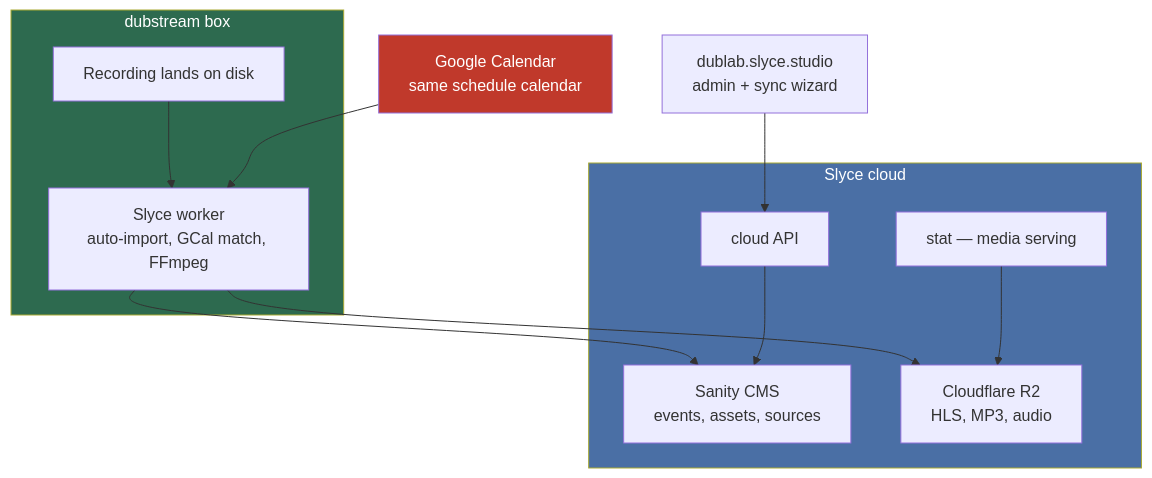
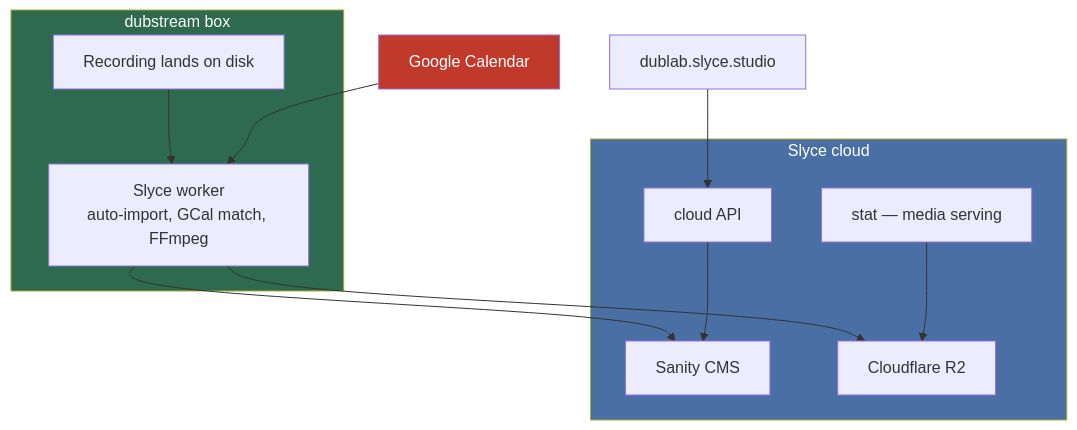
Before and after one commit to bean-la/public-scratch: the fourth of 5 diagrams in content/dublab-current-vs-slyce.md, drawn with Mermaid. The commit also changed other lines of this file and 5 other files, not shown here.

````diff
--- a/content/dublab-current-vs-slyce.md
+++ b/content/dublab-current-vs-slyce.md
@@ -118,29 +146,29 @@
 ```mermaid
 flowchart TB
     subgraph BOX["dubstream box"]
         REC_S["Recording lands on disk"]
         WORKER["Slyce worker<br/>auto-import, GCal match, FFmpeg"]
     end
 
-    GCAL_S["Google Calendar<br/>same schedule calendar"]
+    GCAL_S["Google Calendar"]
     subgraph SLYCE_CLOUD["Slyce cloud"]
-        SANITY["Sanity CMS<br/>events, assets, sources"]
-        R2["Cloudflare R2<br/>HLS, MP3, audio"]
+        SANITY["Sanity CMS"]
+        R2["Cloudflare R2"]
         CLOUD["cloud API"]
         STAT["stat — media serving"]
     end
 
-    STUDIO["dublab.slyce.studio<br/>admin + sync wizard"]
+    STUDIO["dublab.slyce.studio"]
 
     REC_S --> WORKER
     GCAL_S --> WORKER
     WORKER --> SANITY
     WORKER --> R2
     CLOUD --> SANITY
     STUDIO --> CLOUD
     STAT --> R2
 
     style BOX fill:#2d6a4f,color:#fff
     style SLYCE_CLOUD fill:#4a6fa5,color:#fff
     style GCAL_S fill:#c0392b,color:#fff
 ```
````
